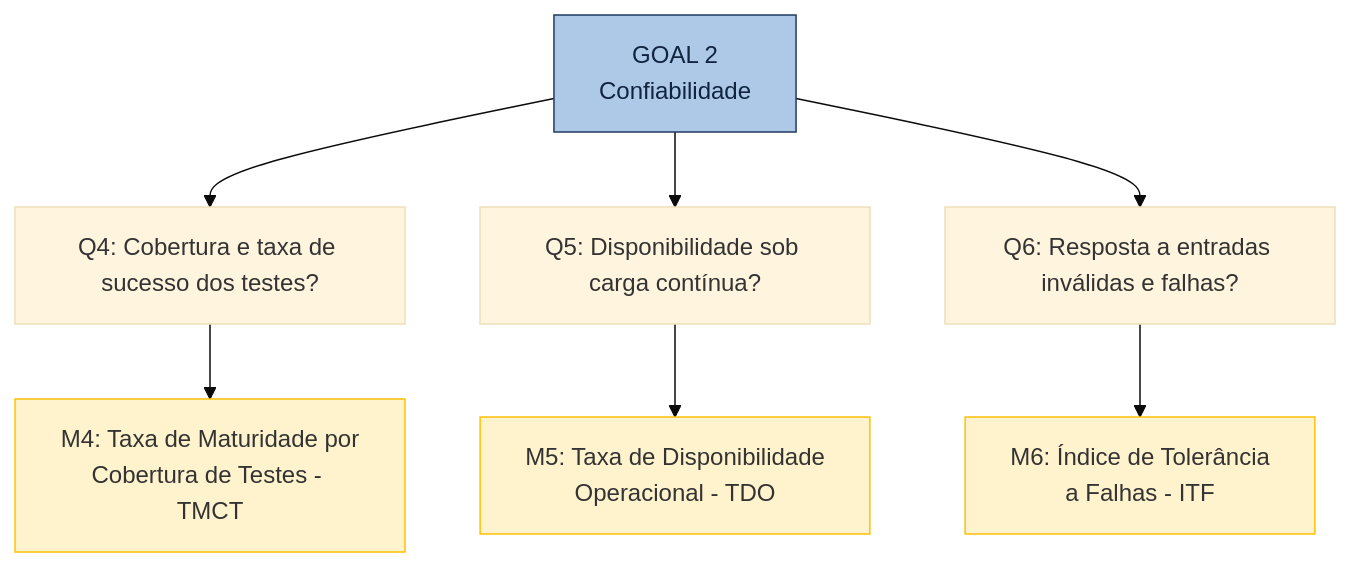
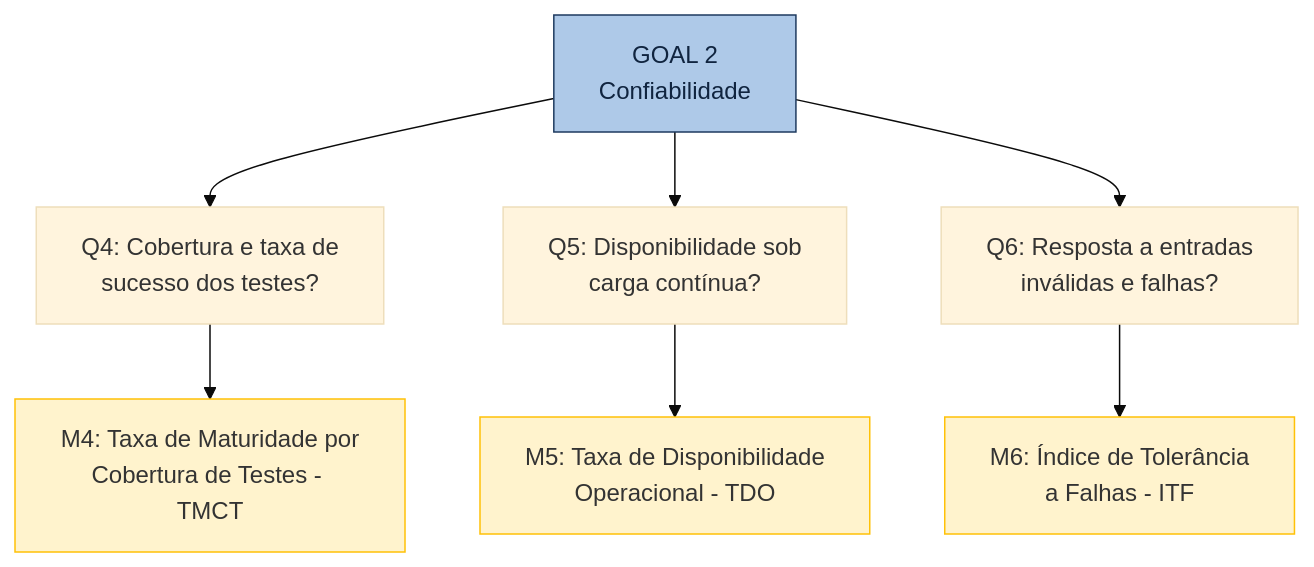
The diagram in docs/fase2/confiabilidade.md (FCTE-Qualidade-de-Software-1/2026-1_T01_FRANS_BILAS), drawn with Mermaid (base theme) before and after one commit. The commit also changed other lines of this file and 3 other files, not shown here.

````diff
--- a/docs/fase2/confiabilidade.md
+++ b/docs/fase2/confiabilidade.md
@@ -25,15 +25,15 @@
 ```mermaid
 graph TD
     G2["GOAL 2<br>Confiabilidade"]
-    G2 --> Q4["Q4: Cobertura e taxa de sucesso dos testes?"]
-    G2 --> Q5["Q5: Disponibilidade sob carga contínua?"]
-    G2 --> Q6["Q6: Resposta a entradas inválidas e falhas?"]
+    G2 --> Q4["Q4: Cobertura e taxa de<br>sucesso dos testes?"]
+    G2 --> Q5["Q5: Disponibilidade sob<br>carga contínua?"]
+    G2 --> Q6["Q6: Resposta a entradas<br>inválidas e falhas?"]
     Q4 --> M4["M4: Taxa de Maturidade por<br>Cobertura de Testes - TMCT"]
     Q5 --> M5["M5: Taxa de Disponibilidade<br>Operacional - TDO"]
     Q6 --> M6["M6: Índice de Tolerância<br>a Falhas - ITF"]
 
     style G2 fill:#AEC9E8,stroke:#1E3A5F,color:#10243F
     style M4 fill:#fff3cd,stroke:#ffc107
     style M5 fill:#fff3cd,stroke:#ffc107
     style M6 fill:#fff3cd,stroke:#ffc107
 ```
````
